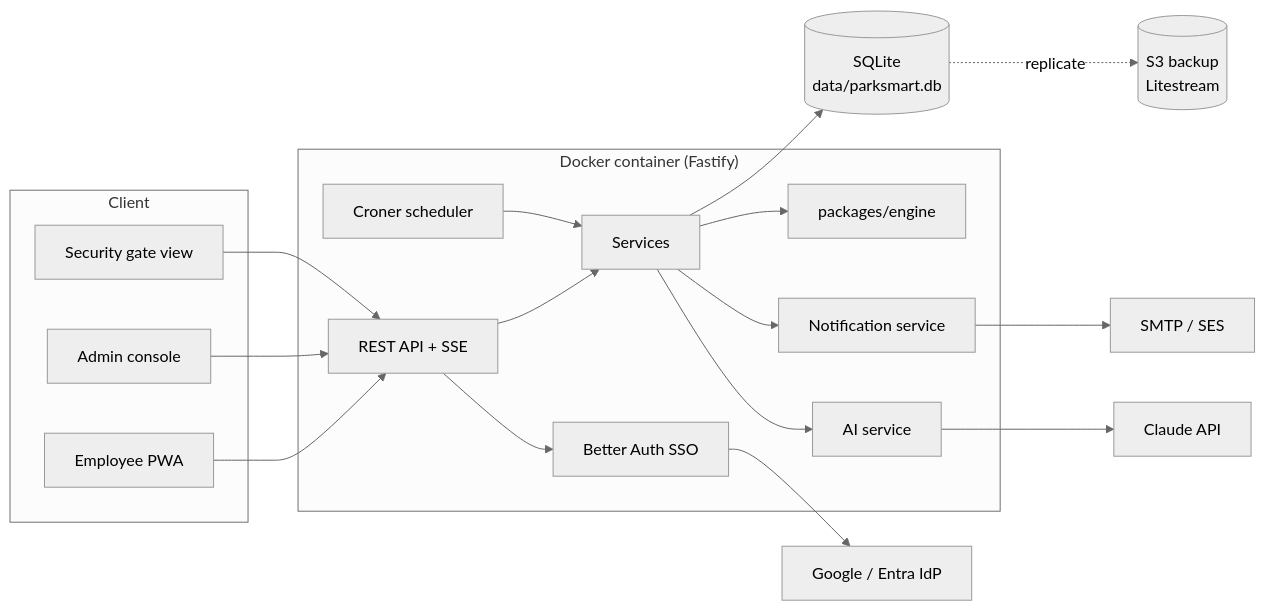
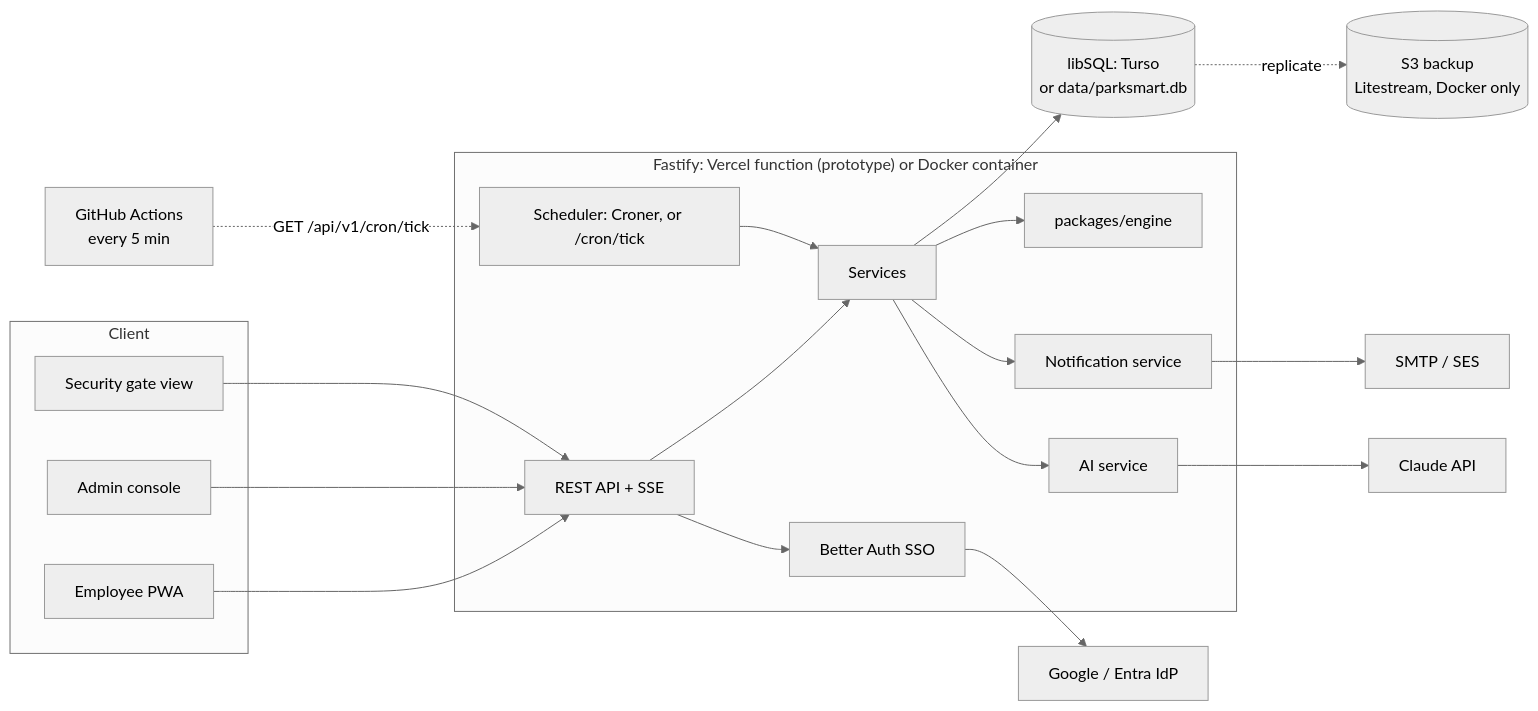
One commit to mailshwethashetty-GH/parksmart changed the diagram in docs/07-architecture.md. Above: the diagram before and after it, drawn with Mermaid (neutral theme). The commit also changed other lines of this file and 101 other files, not shown here.

First line of the commit message:
M9: Vercel + Turso hosting, cron tick, demo mode (FR-29, ADR-016, ADR-017)

````diff
--- a/docs/07-architecture.md
+++ b/docs/07-architecture.md
@@ -5,32 +5,34 @@
 ```mermaid
 flowchart LR
     subgraph Client
       EMP[Employee PWA]
       ADM[Admin console]
       SEC[Security gate view]
     end
-    subgraph Server["Docker container (Fastify)"]
+    subgraph Server["Fastify: Vercel function (prototype) or Docker container"]
       API[REST API + SSE]
       AUTH[Better Auth SSO]
       SVC[Services]
-      SCHED[Croner scheduler]
+      SCHED[Scheduler: Croner, or /cron/tick]
       ENG[packages/engine]
       NOTIF[Notification service]
       AI[AI service]
     end
-    DB[(SQLite<br/>data/parksmart.db)]
+    DB[(libSQL: Turso<br/>or data/parksmart.db)]
+    GHA[GitHub Actions<br/>every 5 min]
     IDP[Google / Entra IdP]
     CLAUDE[Claude API]
     MAIL[SMTP / SES]
-    S3[(S3 backup<br/>Litestream)]
+    S3[(S3 backup<br/>Litestream, Docker only)]
 
     EMP & ADM & SEC --> API
     API --> AUTH --> IDP
     API --> SVC
+    GHA -. GET /api/v1/cron/tick .-> SCHED
     SCHED --> SVC
     SVC --> ENG
     SVC --> DB
     SVC --> NOTIF --> MAIL
     SVC --> AI --> CLAUDE
     DB -. replicate .-> S3
 ```
````
